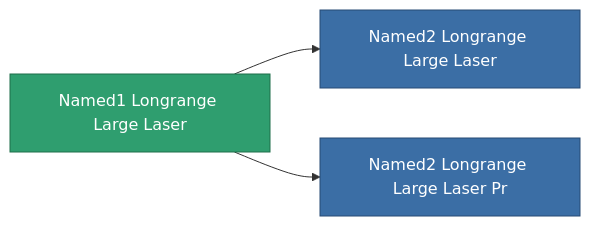
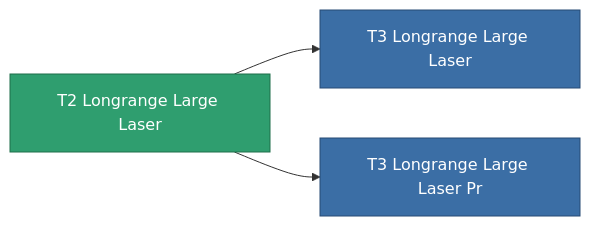
The diagram in content/content/items/named1_longrange_large_laser.md (OpenPerpetuum/Wiki), drawn with Mermaid before and after one commit. The commit also changed other lines of this file and 4904 other files, not shown here.

````diff
--- a/content/content/items/named1_longrange_large_laser.md
+++ b/content/content/items/named1_longrange_large_laser.md
@@ -76,13 +54,13 @@
 ```mermaid
 graph LR
-    a["Named1 Longrange Large Laser"]:::current
-    b["Named2 Longrange Large Laser"]:::prod
+    a["T2 Longrange Large Laser"]:::current
+    b["T3 Longrange Large Laser"]:::prod
     a --> b
-    click b "/content/items/named2-longrange-large-laser/" "Named2 Longrange Large Laser"
-    c["Named2 Longrange Large Laser Pr"]:::prod
+    click b "/content/items/named2-longrange-large-laser/" "T3 Longrange Large Laser"
+    c["T3 Longrange Large Laser Pr"]:::prod
     a --> c
-    click c "/content/items/named2-longrange-large-laser-pr/" "Named2 Longrange Large Laser Pr"
+    click c "/content/items/named2-longrange-large-laser-pr/" "T3 Longrange Large Laser Pr"
     classDef current fill:#2f9e6f,stroke:#1f6f4a,color:#ffffff
     classDef prod fill:#3b6ea5,stroke:#274a75,color:#ffffff
     classDef more fill:#39445a,stroke:#54658a,color:#d5dbe8
 ```
````
